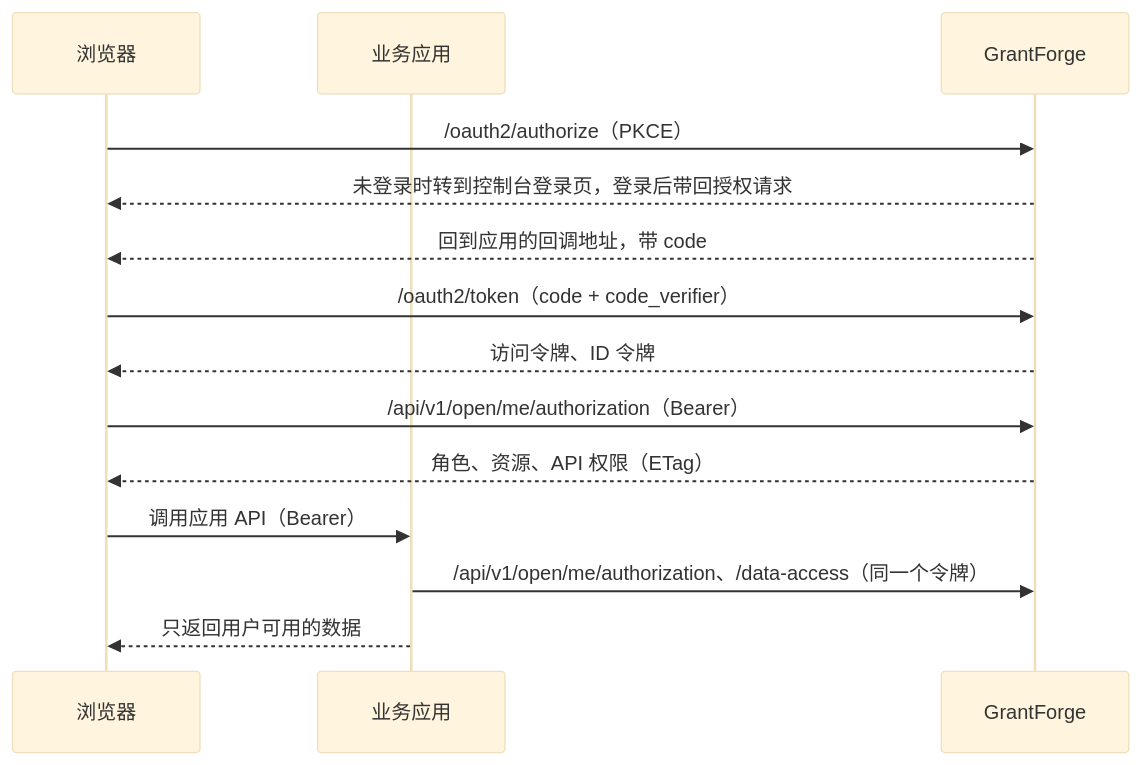
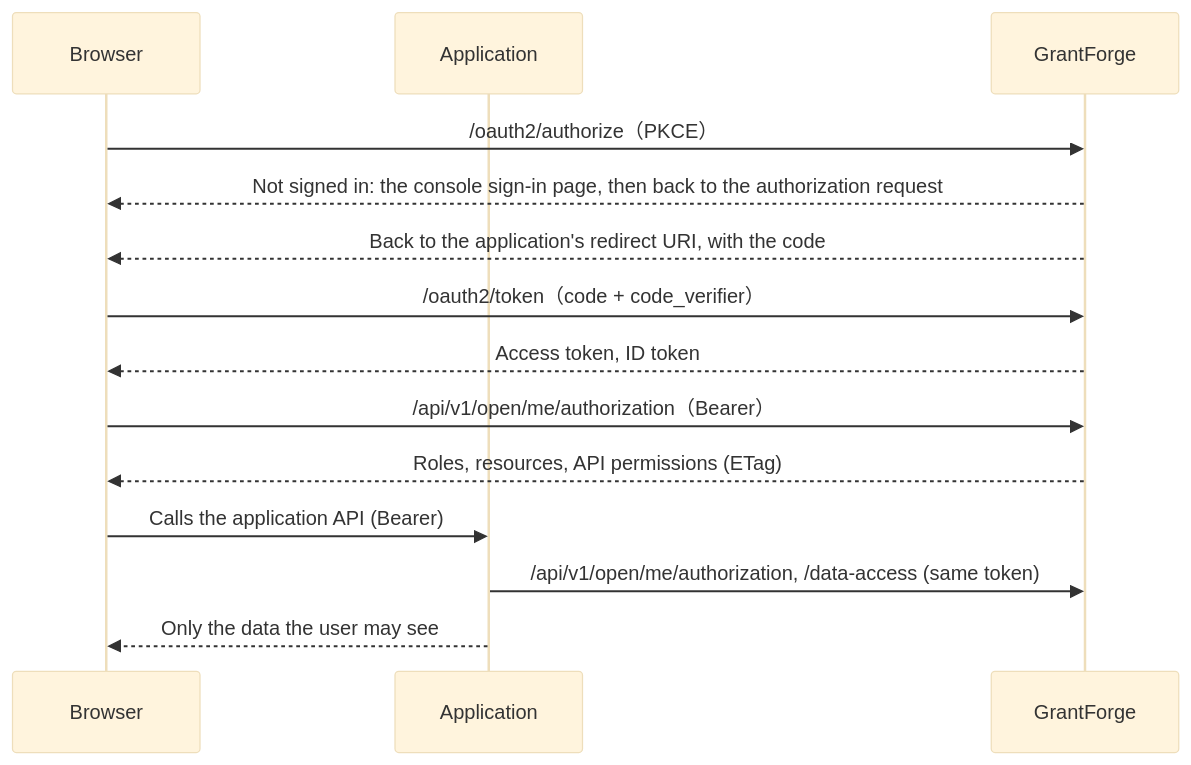
Before and after one commit to devlive-community/grantforge: the diagram in docs/content/en/integration/overview.md, drawn with Mermaid (base theme). The commit also changed other lines of this file and 103 other files, not shown here.

````diff
--- a/docs/content/en/integration/overview.md
+++ b/docs/content/en/integration/overview.md
@@ -32,16 +32,16 @@
 ```mermaid
 sequenceDiagram
-  participant B as 浏览器
-  participant A as 业务应用
+  participant B as Browser
+  participant A as Application
   participant G as GrantForge
   B->>G: /oauth2/authorize（PKCE）
-  G-->>B: 未登录时转到控制台登录页，登录后带回授权请求
-  G-->>B: 回到应用的回调地址，带 code
+  G-->>B: Not signed in: the console sign-in page, then back to the authorization request
+  G-->>B: Back to the application's redirect URI, with the code
   B->>G: /oauth2/token（code + code_verifier）
-  G-->>B: 访问令牌、ID 令牌
+  G-->>B: Access token, ID token
   B->>G: /api/v1/open/me/authorization（Bearer）
-  G-->>B: 角色、资源、API 权限（ETag）
-  B->>A: 调用应用 API（Bearer）
-  A->>G: /api/v1/open/me/authorization、/data-access（同一个令牌）
-  A-->>B: 只返回用户可用的数据
+  G-->>B: Roles, resources, API permissions (ETag)
+  B->>A: Calls the application API (Bearer)
+  A->>G: /api/v1/open/me/authorization, /data-access (same token)
+  A-->>B: Only the data the user may see
 ```
````
